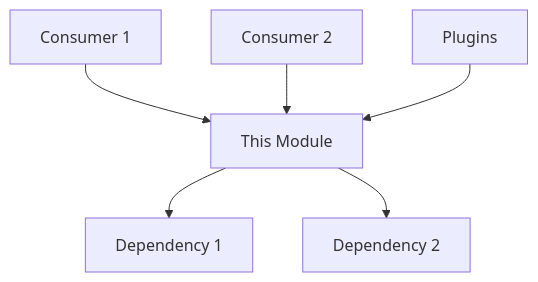
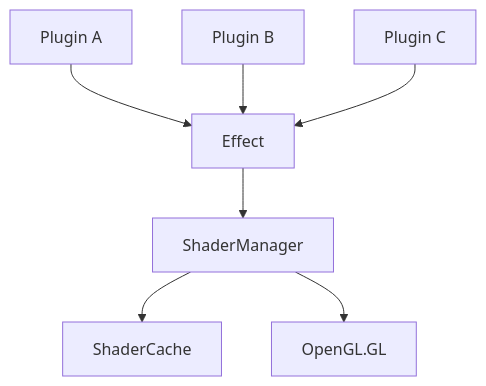
Before and after one commit to splengy/vjlive3: the diagram in docs/specs/_CORE_TEMPLATE.md, drawn with Mermaid. The commit also changed other lines of this file and 17 other files, not shown here.

Commit message:
chore(recovery): backup state before Overseer Architecture migration

````diff
--- a/docs/specs/_CORE_TEMPLATE.md
+++ b/docs/specs/_CORE_TEMPLATE.md
@@ -86,8 +131,9 @@
 ```mermaid
 graph TD
-    A[This Module] --> B[Dependency 1]
-    A --> C[Dependency 2]
-    D[Consumer 1] --> A
-    E[Consumer 2] --> A
-    F[Plugins] --> A
+    A[ShaderManager] --> B[ShaderCache]
+    A --> C[OpenGL.GL]
+    D[Effect] --> A
+    E[Plugin A] --> D
+    F[Plugin B] --> D
+    G[Plugin C] --> D
 ```
````
